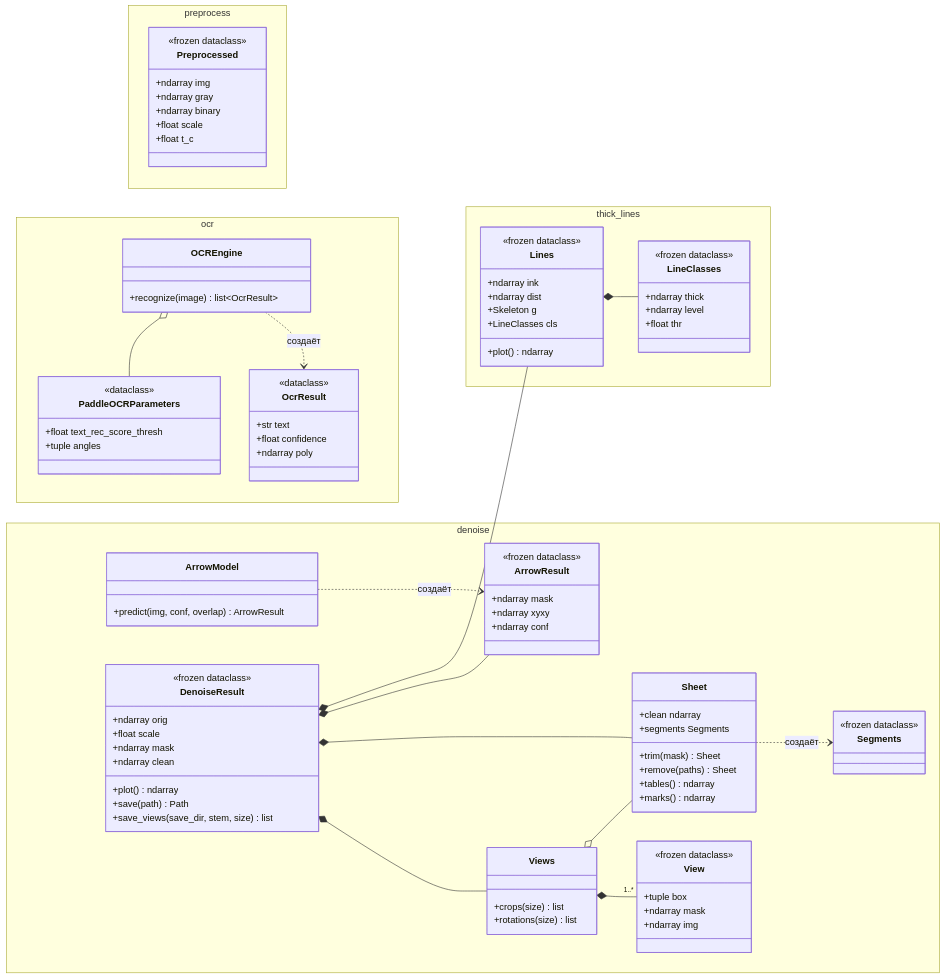
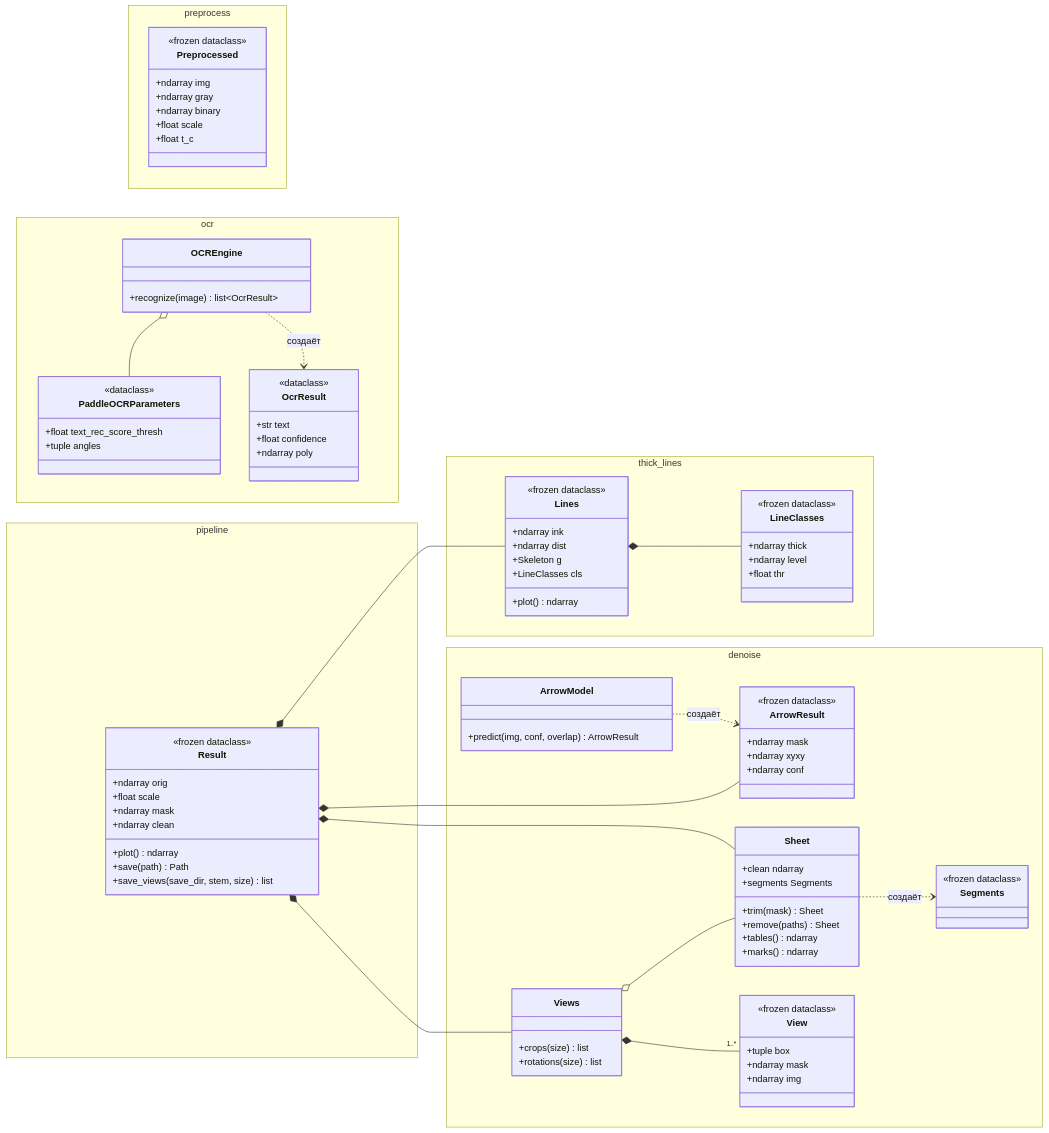
One commit to SergeyKrasnoslobodtsev/draftslice changed the second of 3 diagrams in docs/architecture/ARCHITECTURE.md. Above: the diagram before and after it, drawn with Mermaid. The commit also changed other lines of this file and 2 other files, not shown here.

````diff
--- a/docs/architecture/ARCHITECTURE.md
+++ b/docs/architecture/ARCHITECTURE.md
@@ -152,7 +159,10 @@
             +ndarray mask
             +ndarray img
         }
-        class DenoiseResult {
+    }
+
+    namespace pipeline {
+        class Result {
             <<frozen dataclass>>
             +ndarray orig
             +float scale
@@ -171,8 +181,8 @@
     Sheet ..> Segments : создаёт
     Views o-- Sheet
     Views *-- "1..*" View
-    DenoiseResult *-- Lines
-    DenoiseResult *-- ArrowResult
-    DenoiseResult *-- Sheet
-    DenoiseResult *-- Views
+    Result *-- Lines
+    Result *-- ArrowResult
+    Result *-- Sheet
+    Result *-- Views
 ```
````
